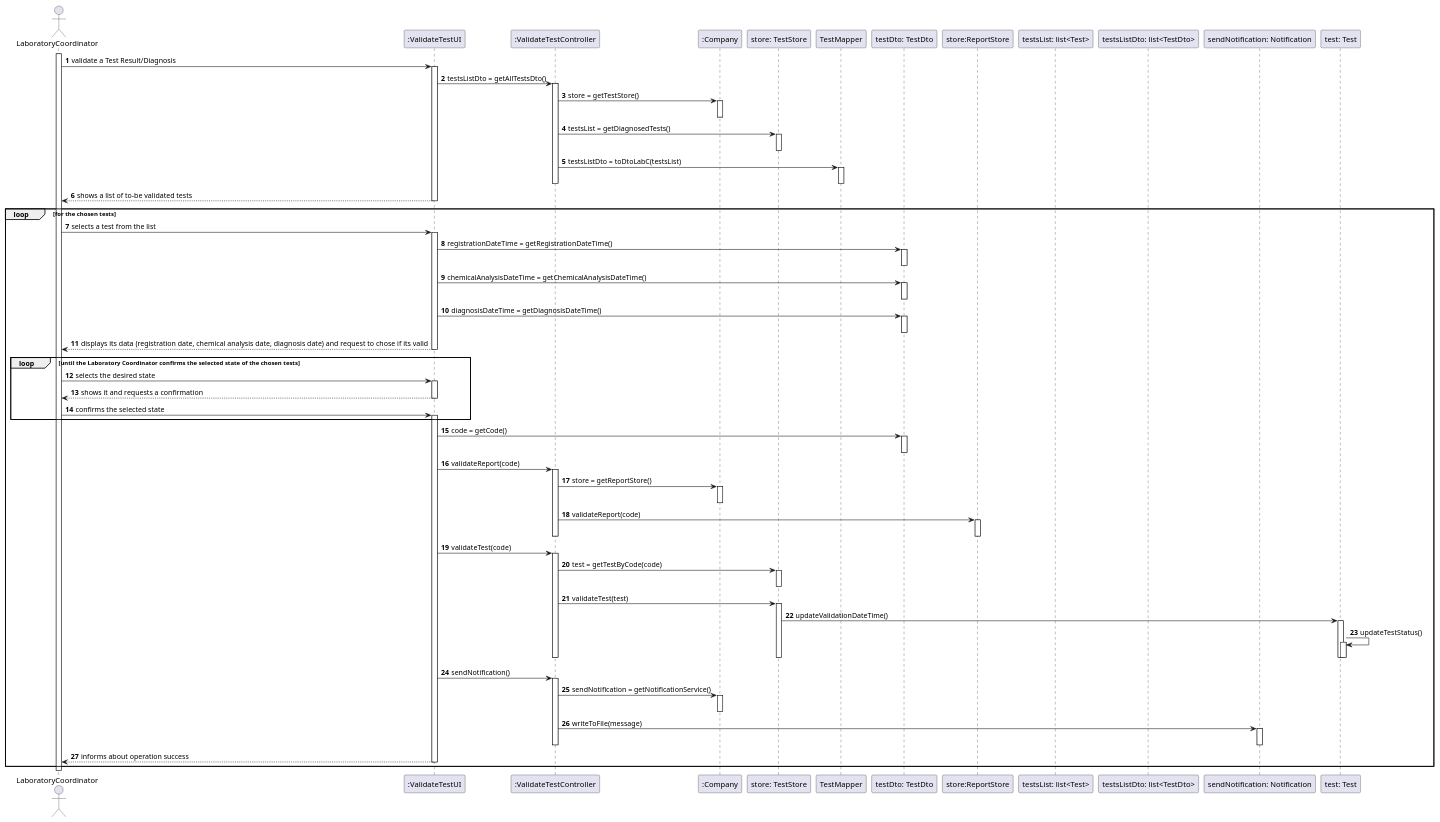
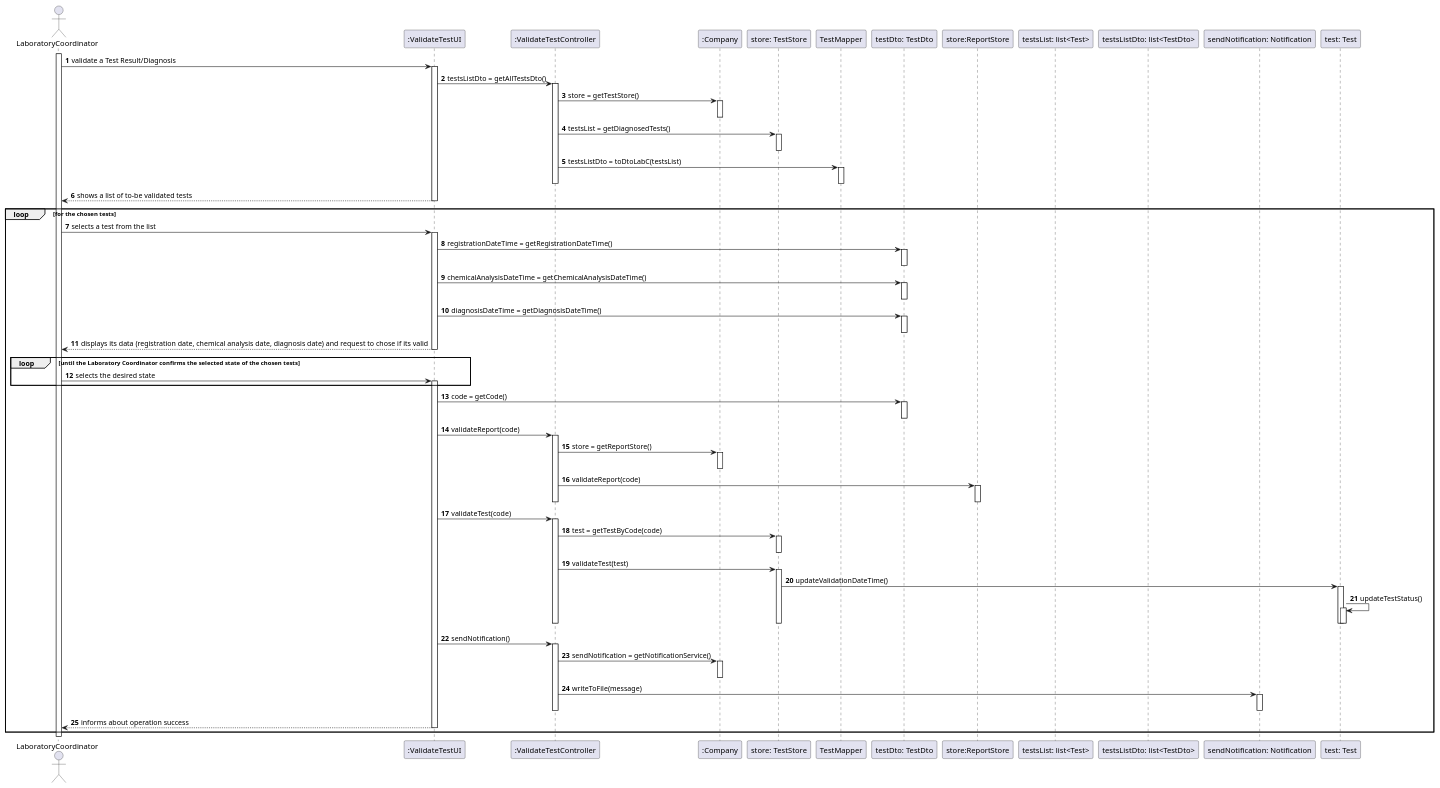
The diagram in docs/SprintC/US15/US15-SD.puml (0franciscor/lei-21-s2-1de-g19), drawn with PlantUML before and after one commit. The commit also changed 6 other files, not shown here.

```diff
--- a/docs/SprintC/US15/US15-SD.puml
+++ b/docs/SprintC/US15/US15-SD.puml
@@ -1,154 +1,149 @@
 @startuml
 autonumber
 
 actor "LaboratoryCoordinator" as labC
 activate labC
 
 participant ":ValidateTestUI" as validateTestUI
 participant ":ValidateTestController" as validateTestCont
 participant ":Company" as comp
 participant "store: TestStore" as TestStore
 participant "TestMapper" as TestMapper
 participant "testDto: TestDto" as TestDto
 participant "store:ReportStore" as ReportStore
 participant "testsList: list<Test>" as testsList
 participant "testsListDto: list<TestDto>" as testsListDto
 participant "sendNotification: Notification" as notification
 participant "test: Test" as test
 
 
 labC -> validateTestUI : validate a Test Result/Diagnosis
 
 
 activate validateTestUI
 validateTestUI -> validateTestCont: testsListDto = getAllTestsDto()
 
 
 activate validateTestCont
 
 
 validateTestCont -> comp : store = getTestStore()
 activate comp
 deactivate comp
 
 
 validateTestCont -> TestStore : testsList = getDiagnosedTests()
 activate TestStore
 deactivate TestStore
 
 
 validateTestCont -> TestMapper : testsListDto = toDtoLabC(testsList)
 activate TestMapper
 deactivate TestMapper
 
 
 deactivate validateTestCont
 
 
 validateTestUI --> labC : shows a list of to-be validated tests
 deactivate validateTestUI
 
 
 loop for the chosen tests
 labC -> validateTestUI : selects a test from the list
 activate validateTestUI
 
 
 validateTestUI -> TestDto : registrationDateTime = getRegistrationDateTime()
 activate TestDto
 deactivate TestDto
 
 
 validateTestUI -> TestDto : chemicalAnalysisDateTime = getChemicalAnalysisDateTime()
 activate TestDto
 deactivate TestDto
 
 
 validateTestUI -> TestDto : diagnosisDateTime = getDiagnosisDateTime()
 activate TestDto
 deactivate TestDto
 
 
 validateTestUI --> labC : displays its data (registration date, chemical analysis date, diagnosis date) and request to chose if its valid
 deactivate validateTestUI
 
 
 deactivate validateTestUI
 
 
 loop until the Laboratory Coordinator confirms the selected state of the chosen tests
 labC -> validateTestUI : selects the desired state
 activate validateTestUI
 
 
-validateTestUI --> labC : shows it and requests a confirmation
-deactivate validateTestUI
-
-labC -> validateTestUI : confirms the selected state
-activate validateTestUI
 end
 
 
 validateTestUI -> TestDto : code = getCode()
 activate TestDto
 deactivate TestDto
 
 
 validateTestUI -> validateTestCont : validateReport(code)
 
 
 
 activate validateTestCont
 validateTestCont -> comp: store = getReportStore()
 activate comp
 deactivate comp
 
 
 validateTestCont -> ReportStore : validateReport(code)
 activate ReportStore
 deactivate ReportStore
 deactivate validateTestCont
 
 validateTestUI -> validateTestCont : validateTest(code)
 activate validateTestCont
 
 
 validateTestCont -> TestStore : test = getTestByCode(code)
 
 activate TestStore
 deactivate TestStore
 
 validateTestCont -> TestStore : validateTest(test)
 activate TestStore
 
 
 TestStore -> test ++: updateValidationDateTime()
 
 
 test -> test ++: updateTestStatus()
 deactivate test
 deactivate test
 deactivate TestStore
 deactivate validateTestCont
 
 validateTestUI -> validateTestCont : sendNotification()
 activate validateTestCont
 
 
 validateTestCont -> comp: sendNotification = getNotificationService()
 activate comp
 deactivate comp
 
 
 validateTestCont -> notification: writeToFile(message)
 activate notification
 deactivate notification
 deactivate validateTestCont
 
 
 validateTestUI --> labC : informs about operation success
 deactivate validateTestCont
 deactivate validateTestUI
 
 end
 @enduml
```
